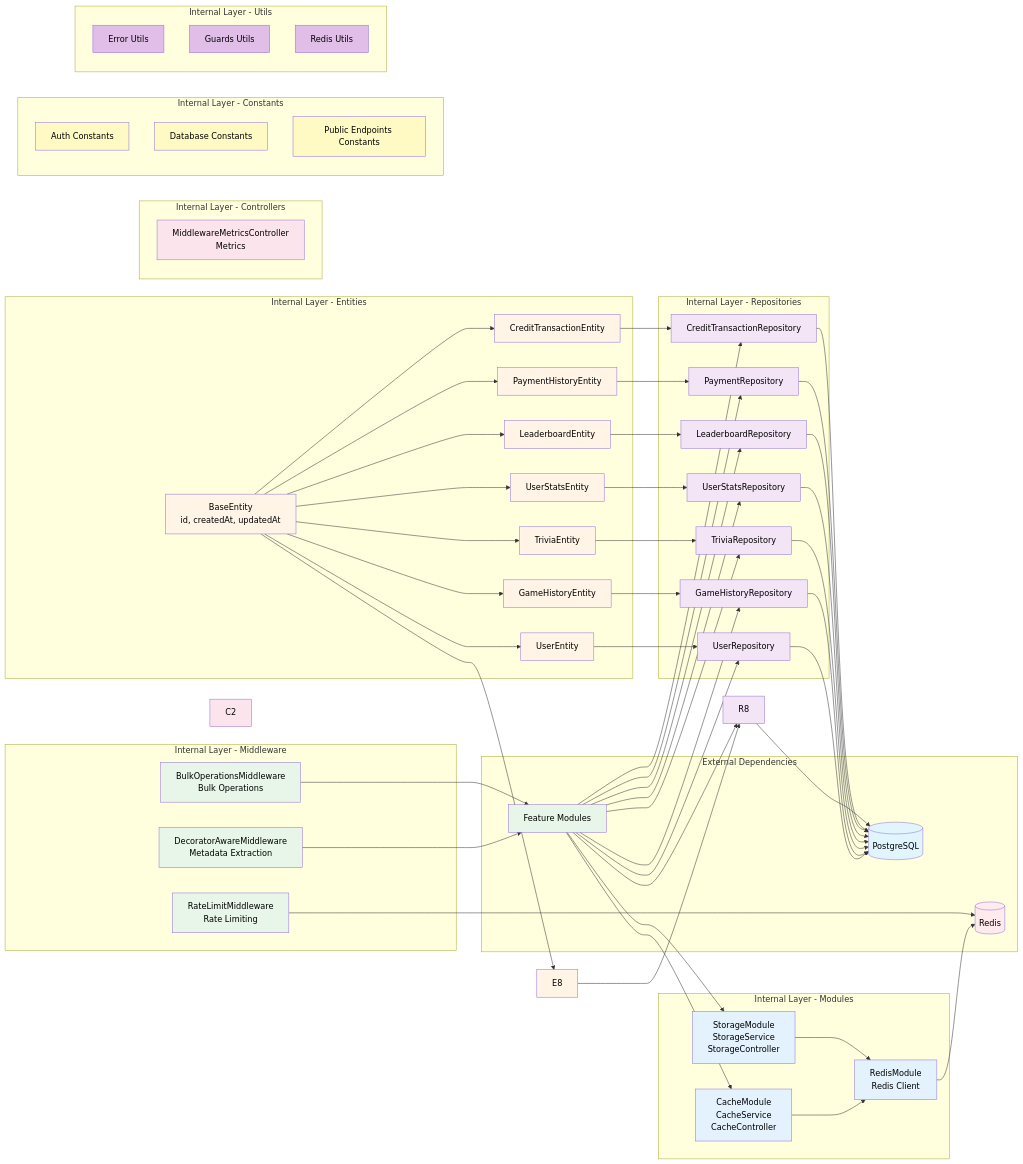
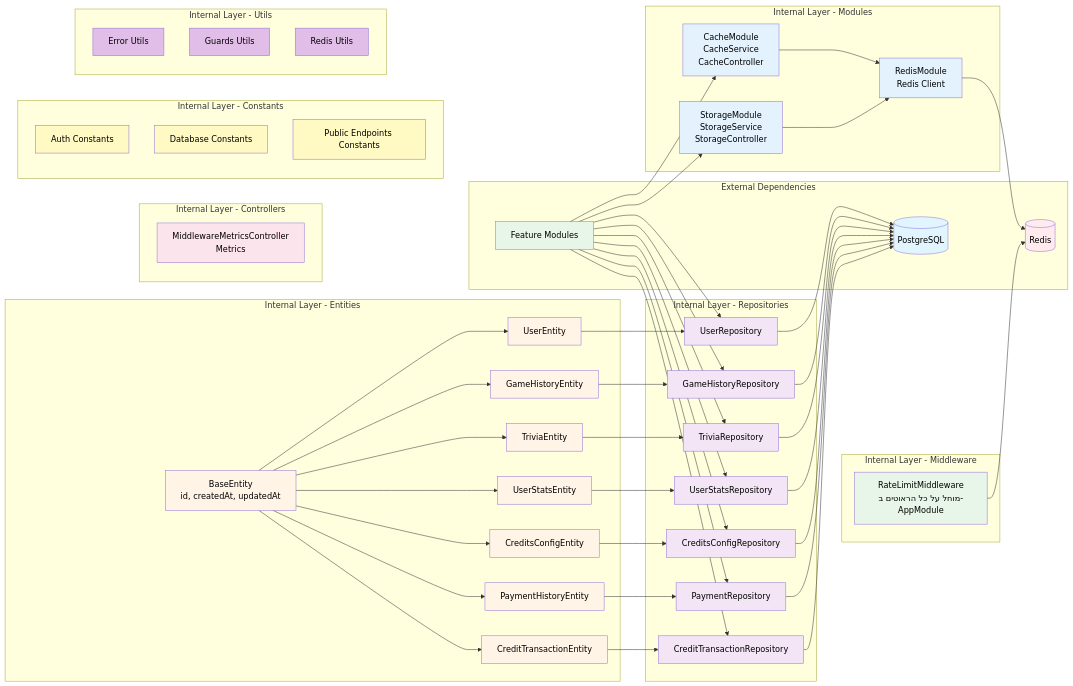
One commit to IsraelRub/EveryTriv changed the sixth of 31 diagrams in docs/DIAGRAMS.md. Above: the diagram before and after it, drawn with Mermaid. The commit also changed other lines of this file and 148 other files, not shown here.

First line of the commit message:
feat: email-gated profile, game text gate, session/multiplayer flows, Newman sync

```diff
--- a/docs/DIAGRAMS.md
+++ b/docs/DIAGRAMS.md
@@ -444,7 +405,7 @@
         E2[GameHistoryEntity]
         E3[TriviaEntity]
         E4[UserStatsEntity]
-        E5[LeaderboardEntity]
+        E5[CreditsConfigEntity]
         E6[PaymentHistoryEntity]
         E7[CreditTransactionEntity]
         BE[BaseEntity<br/>id, createdAt, updatedAt]
@@ -455,7 +416,7 @@
         R2[GameHistoryRepository]
         R3[TriviaRepository]
         R4[UserStatsRepository]
-        R5[LeaderboardRepository]
+        R5[CreditsConfigRepository]
         R6[PaymentRepository]
         R7[CreditTransactionRepository]
     end
@@ -467,9 +428,7 @@
     end
 
     subgraph "Internal Layer - Middleware"
-        MW1[RateLimitMiddleware<br/>Rate Limiting]
-        MW2[DecoratorAwareMiddleware<br/>Metadata Extraction]
-        MW3[BulkOperationsMiddleware<br/>Bulk Operations]
+        MW1[RateLimitMiddleware<br/>מוחל על כל הראוטים ב-AppModule]
     end
 
     subgraph "Internal Layer - Controllers"
@@ -501,7 +460,6 @@
     BE --> E5
     BE --> E6
     BE --> E7
-    BE --> E8
 
     E1 --> R1
     E2 --> R2
@@ -510,7 +468,6 @@
     E5 --> R5
     E6 --> R6
     E7 --> R7
-    E8 --> R8
 
     R1 --> DB
     R2 --> DB
@@ -519,7 +476,6 @@
     R5 --> DB
     R6 --> DB
     R7 --> DB
-    R8 --> DB
 
     CM --> RM
     SM --> RM
@@ -532,14 +488,11 @@
     FEATURES --> R5
     FEATURES --> R6
     FEATURES --> R7
-    FEATURES --> R8
 
     FEATURES --> CM
     FEATURES --> SM
 
     MW1 --> REDIS
-    MW2 --> FEATURES
-    MW3 --> FEATURES
 
     style BE fill:#fff4e6,color:#000000
     style E1 fill:#fff4e6,color:#000000
@@ -549,7 +502,6 @@
     style E5 fill:#fff4e6,color:#000000
     style E6 fill:#fff4e6,color:#000000
     style E7 fill:#fff4e6,color:#000000
-    style E8 fill:#fff4e6,color:#000000
     style R1 fill:#f3e5f5,color:#000000
     style R2 fill:#f3e5f5,color:#000000
     style R3 fill:#f3e5f5,color:#000000
@@ -557,15 +509,11 @@
     style R5 fill:#f3e5f5,color:#000000
     style R6 fill:#f3e5f5,color:#000000
     style R7 fill:#f3e5f5,color:#000000
-    style R8 fill:#f3e5f5,color:#000000
     style CM fill:#e3f2fd,color:#000000
     style SM fill:#e3f2fd,color:#000000
     style RM fill:#e3f2fd,color:#000000
     style MW1 fill:#e8f5e9,color:#000000
-    style MW2 fill:#e8f5e9,color:#000000
-    style MW3 fill:#e8f5e9,color:#000000
     style C1 fill:#fce4ec,color:#000000
-    style C2 fill:#fce4ec,color:#000000
     style IC1 fill:#fff9c4,color:#000000
     style IC2 fill:#fff9c4,color:#000000
     style IC3 fill:#fff9c4,color:#000000
```
